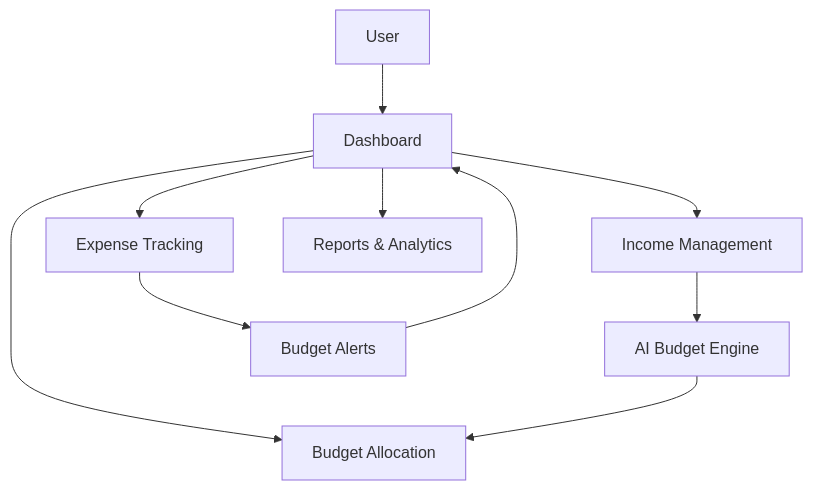
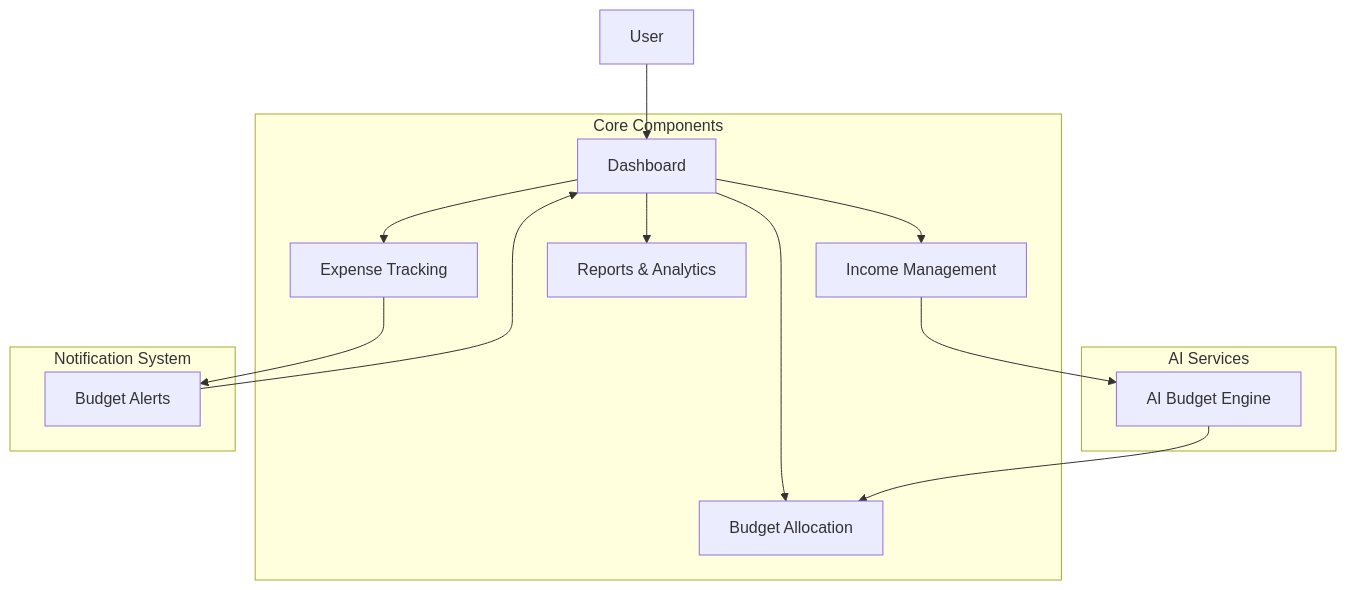
One commit to ahmed86-star/AI-Budgeting-Application changed the diagram in README.md. Above: the diagram before and after it, drawn with Mermaid. The commit also changed other lines of this file, not shown here.

````diff
--- a/README.md
+++ b/README.md
@@ -68,13 +76,29 @@
 ```mermaid
 graph TD
     A[User] --> B[Dashboard]
     B --> C[Income Management]
     B --> D[Budget Allocation]
     B --> E[Expense Tracking]
     B --> F[Reports & Analytics]
     
     C --> G[AI Budget Engine]
     G --> D
     E --> H[Budget Alerts]
     H --> B
+    
+    subgraph "Core Components"
+    B
+    C
+    D
+    E
+    F
+    end
+    
+    subgraph "AI Services"
+    G
+    end
+    
+    subgraph "Notification System"
+    H
+    end
 ```
````
